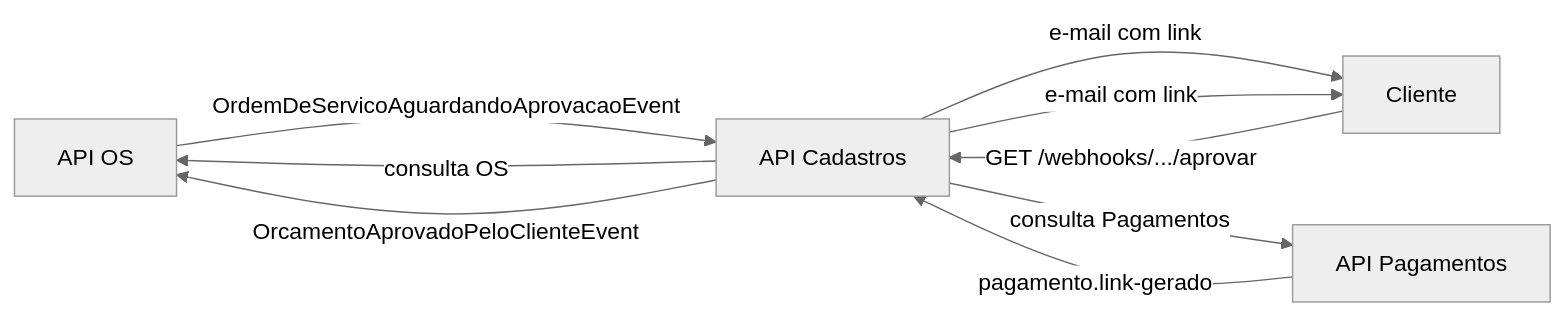
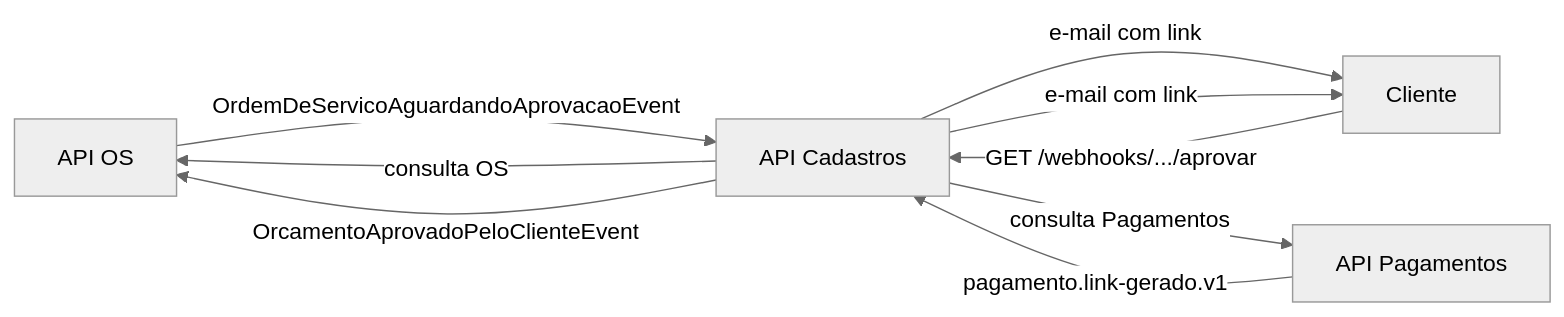
One commit to fiap-challenge-13soat/mecanica-hermes-api-cadastros changed the second of 2 diagrams in docs/architecture.md. Above: the diagram before and after it, drawn with Mermaid (neutral theme). The commit also changed 6 other files, not shown here.

````diff
--- a/docs/architecture.md
+++ b/docs/architecture.md
@@ -59,12 +59,12 @@
 ```mermaid
 graph LR
     OS[API OS] -->|"OrdemDeServicoAguardandoAprovacaoEvent"| Cad[API Cadastros]
     Cad -->|"consulta OS"| OS
     Cad -->|"e-mail com link"| Cliente[Cliente]
     Cliente -->|"GET /webhooks/.../aprovar"| Cad
     Cad -->|"OrcamentoAprovadoPeloClienteEvent"| OS
 
-    Pag[API Pagamentos] -->|"pagamento.link-gerado"| Cad
+    Pag[API Pagamentos] -->|"pagamento.link-gerado.v1"| Cad
     Cad -->|"consulta Pagamentos"| Pag
     Cad -->|"e-mail com link"| Cliente
 ```
````
